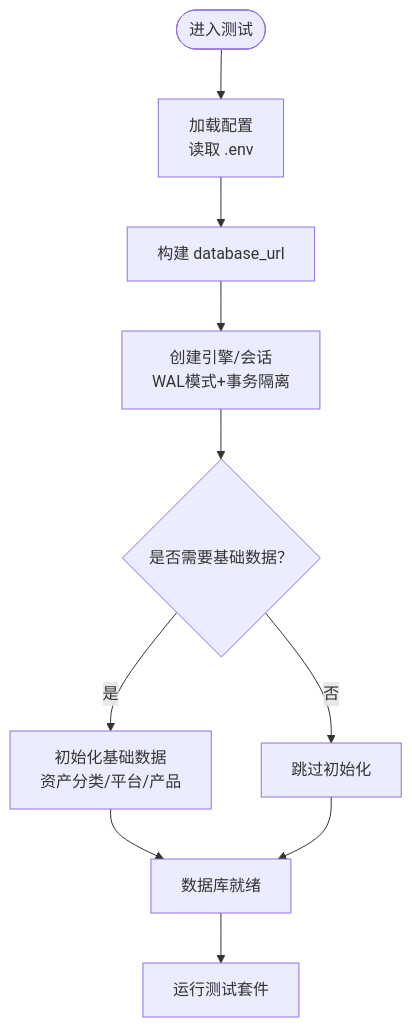
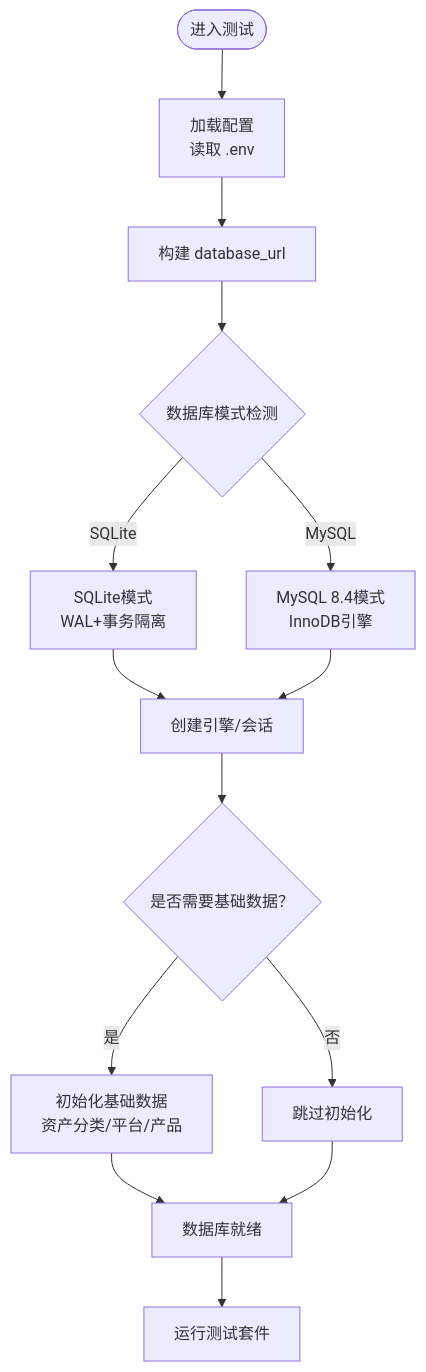
One commit to gujialind/InvestRing changed the third of 4 diagrams in .qoder/repowiki/zh/content/开发指南/测试策略/测试环境配置.md. Above: the diagram before and after it, drawn with Mermaid. The commit also changed other lines of this file and 59 other files, not shown here.

````diff
--- a/.qoder/repowiki/zh/content/开发指南/测试策略/测试环境配置.md
+++ b/.qoder/repowiki/zh/content/开发指南/测试策略/测试环境配置.md
@@ -153,12 +187,16 @@
 ```mermaid
 flowchart TD
 Start(["进入测试"]) --> LoadCfg["加载配置<br/>读取 .env"]
 LoadCfg --> BuildURL["构建 database_url"]
-BuildURL --> CreateEngine["创建引擎/会话<br/>WAL模式+事务隔离"]
+BuildURL --> CheckMode{"数据库模式检测"}
+CheckMode --> |SQLite| SQLiteMode["SQLite模式<br/>WAL+事务隔离"]
+CheckMode --> |MySQL| MySQLMode["MySQL 8.4模式<br/>InnoDB引擎"]
+SQLiteMode --> CreateEngine["创建引擎/会话"]
+MySQLMode --> CreateEngine
 CreateEngine --> SeedData{"是否需要基础数据？"}
 SeedData --> |是| InitBase["初始化基础数据<br/>资产分类/平台/产品"]
 SeedData --> |否| SkipInit["跳过初始化"]
 InitBase --> Ready["数据库就绪"]
 SkipInit --> Ready
 Ready --> Tests["运行测试套件"]
 ```
````
